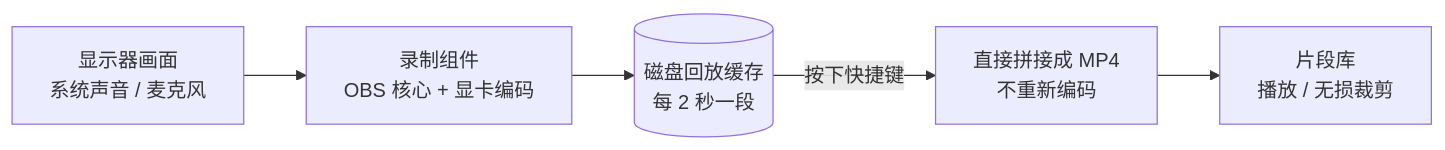
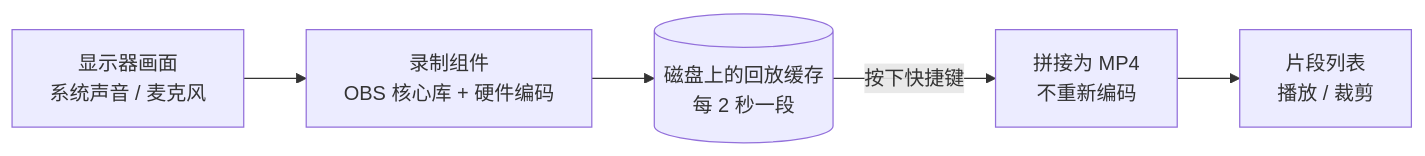
One commit to Lunafreya123/ReplayClipper changed the diagram in README.md. Above: the diagram before and after it, drawn with Mermaid. The commit also changed other lines of this file and 1 other file, not shown here.

````diff
--- a/README.md
+++ b/README.md
@@ -105,7 +100,7 @@
 ```mermaid
 flowchart LR
-    A["显示器画面<br>系统声音 / 麦克风"] --> B["录制组件<br>OBS 核心 + 显卡编码"]
-    B --> C[("磁盘回放缓存<br>每 2 秒一段")]
-    C -- "按下快捷键" --> D["直接拼接成 MP4<br>不重新编码"]
-    D --> E["片段库<br>播放 / 无损裁剪"]
+    A["显示器画面<br>系统声音 / 麦克风"] --> B["录制组件<br>OBS 核心库 + 硬件编码"]
+    B --> C[("磁盘上的回放缓存<br>每 2 秒一段")]
+    C -- "按下快捷键" --> D["拼接为 MP4<br>不重新编码"]
+    D --> E["片段列表<br>播放 / 裁剪"]
 ```
````
